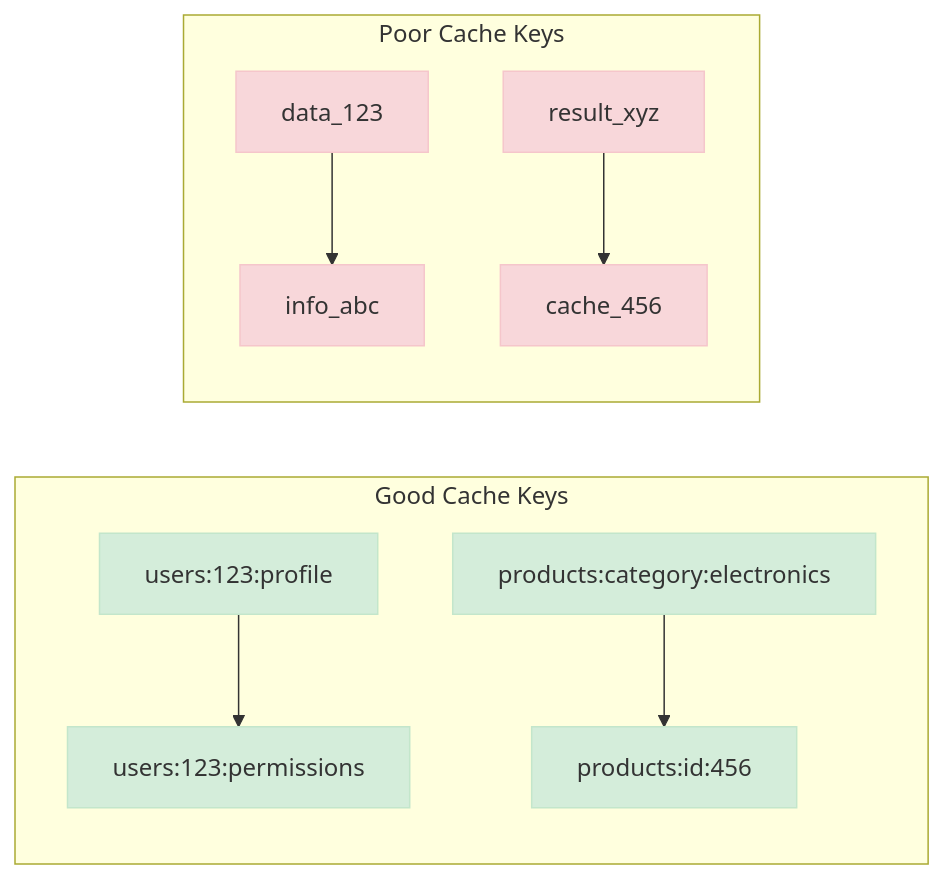
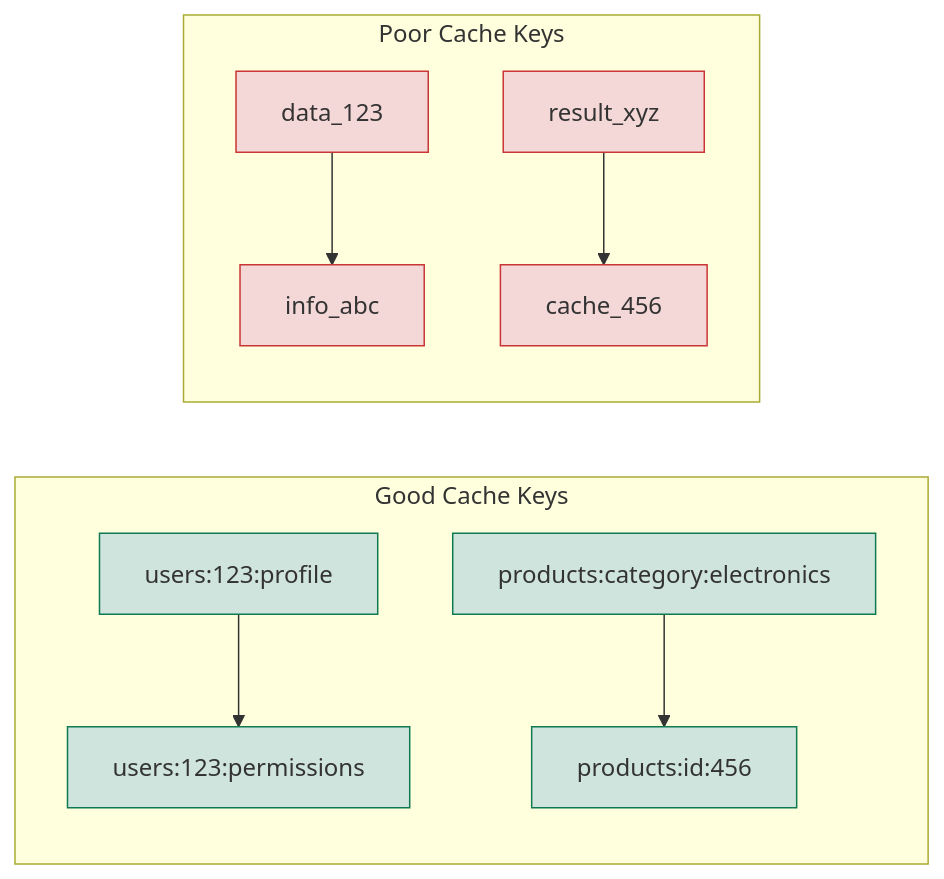
Before and after one commit to ukhsa-collaboration/standards-api: the ninth of 9 diagrams in docs/api-guidelines/performance-reliability-monitoring/caching.md, drawn with Mermaid. The commit also changed other lines of this file and 1 other file, not shown here.

First line of the commit message:
docs: use GOV.UK colours in caching and resilience diagrams

````diff
--- a/docs/api-guidelines/performance-reliability-monitoring/caching.md
+++ b/docs/api-guidelines/performance-reliability-monitoring/caching.md
@@ -512,22 +515,18 @@
 ```mermaid
 graph LR
     subgraph "Good Cache Keys"
         A["users:123:profile"] --> B["users:123:permissions"]
         C["products:category:electronics"] --> D["products:id:456"]
     end
     
     subgraph "Poor Cache Keys"
         E["data_123"] --> F["info_abc"]
         G["result_xyz"] --> H["cache_456"]
     end
     
-    style A fill:#d4edda,stroke:#c3e6cb
-    style B fill:#d4edda,stroke:#c3e6cb
-    style C fill:#d4edda,stroke:#c3e6cb
-    style D fill:#d4edda,stroke:#c3e6cb
+    classDef good fill:#cfe4dc,stroke:#0f7a52
+    classDef bad fill:#f4d7d7,stroke:#ca3535
 
-    style E fill:#f8d7da,stroke:#f5c6cb
-    style F fill:#f8d7da,stroke:#f5c6cb
-    style G fill:#f8d7da,stroke:#f5c6cb
-    style H fill:#f8d7da,stroke:#f5c6cb
+    class A,B,C,D good
+    class E,F,G,H bad
 ```
````
